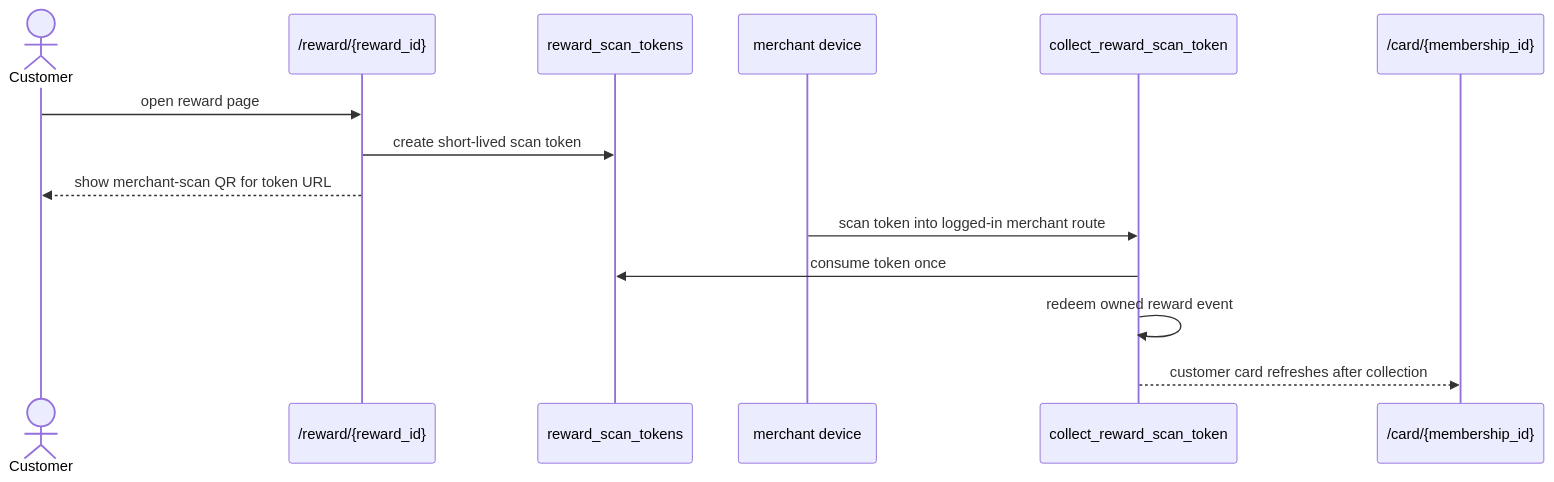
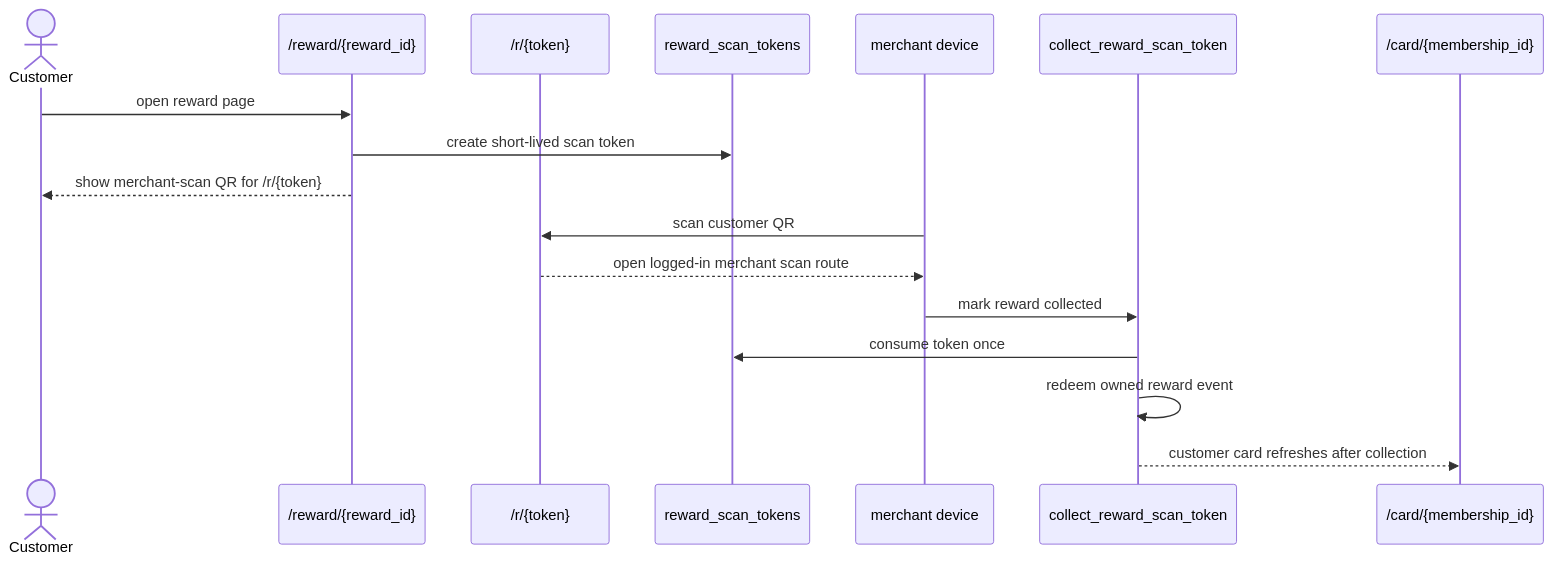
Before and after one commit to lapeninns/nabaperks: the fifth of 5 diagrams in docs/ARCHITECTURE.md, drawn with Mermaid. The commit also changed other lines of this file and 23 other files, not shown here.

Commit message:
Add public reward scan handoff and merchant redirects

````diff
--- a/docs/ARCHITECTURE.md
+++ b/docs/ARCHITECTURE.md
@@ -166,16 +167,19 @@
 ```mermaid
 sequenceDiagram
   actor Customer
   participant Reward as /reward/{reward_id}
+  participant Handoff as /r/{token}
   participant Token as reward_scan_tokens
   participant Merchant as merchant device
   participant RPC as collect_reward_scan_token
   participant Card as /card/{membership_id}
   Customer->>Reward: open reward page
   Reward->>Token: create short-lived scan token
-  Reward-->>Customer: show merchant-scan QR for token URL
-  Merchant->>RPC: scan token into logged-in merchant route
+  Reward-->>Customer: show merchant-scan QR for /r/{token}
+  Merchant->>Handoff: scan customer QR
+  Handoff-->>Merchant: open logged-in merchant scan route
+  Merchant->>RPC: mark reward collected
   RPC->>Token: consume token once
   RPC->>RPC: redeem owned reward event
   RPC-->>Card: customer card refreshes after collection
 ```
````
